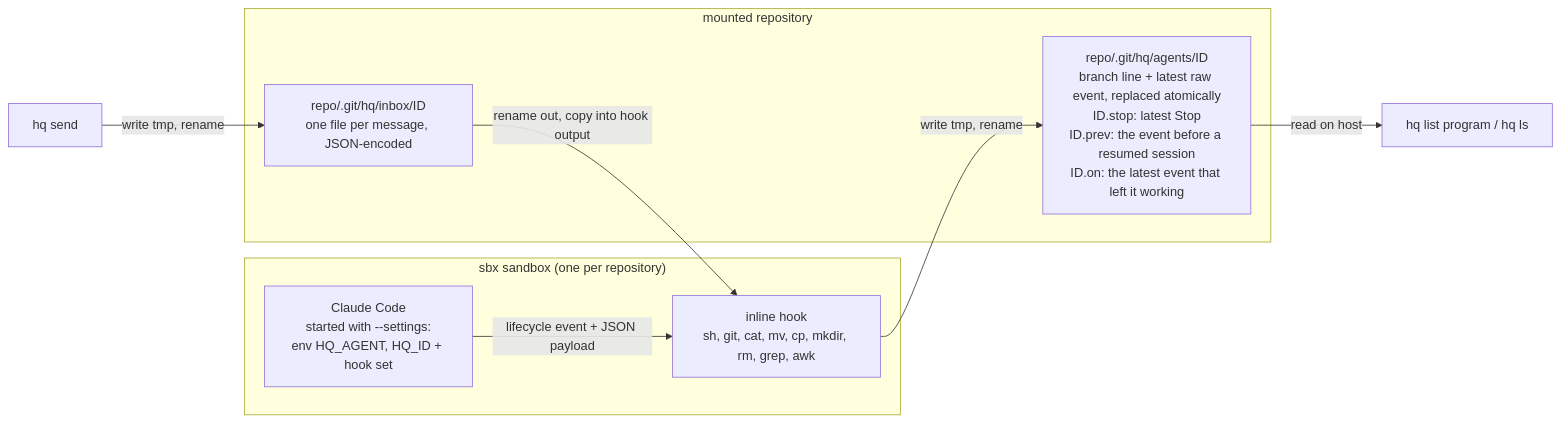
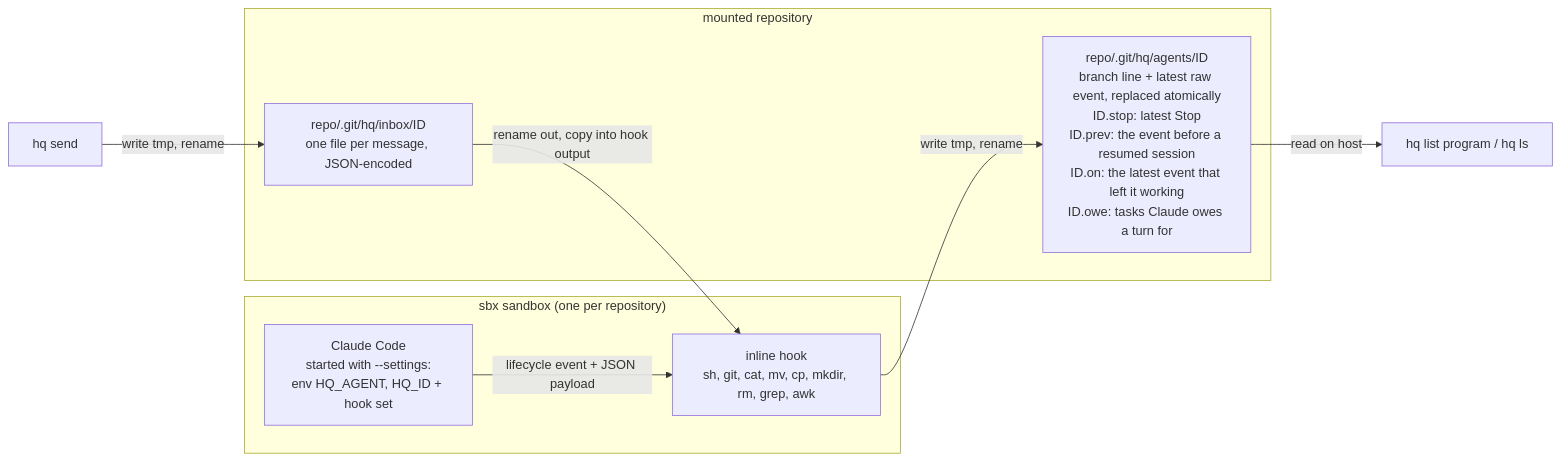
The second of 4 diagrams in docs/design/hq.md (rkrysinski/hq), drawn with Mermaid before and after one commit. The commit also changed other lines of this file and 11 other files, not shown here.

````diff
--- a/docs/design/hq.md
+++ b/docs/design/hq.md
@@ -83,16 +83,16 @@
 ```mermaid
 flowchart LR
     subgraph SB["sbx sandbox (one per repository)"]
         C["Claude Code<br/>started with --settings:<br/>env HQ_AGENT, HQ_ID + hook set"]
         K["inline hook<br/>sh, git, cat, mv, cp, mkdir, rm, grep, awk"]
         C -- "lifecycle event + JSON payload" --> K
     end
     subgraph RP["mounted repository"]
-        F["repo/.git/hq/agents/ID<br/>branch line + latest raw event, replaced atomically<br/>ID.stop: latest Stop<br/>ID.prev: the event before a resumed session<br/>ID.on: the latest event that left it working"]
+        F["repo/.git/hq/agents/ID<br/>branch line + latest raw event, replaced atomically<br/>ID.stop: latest Stop<br/>ID.prev: the event before a resumed session<br/>ID.on: the latest event that left it working<br/>ID.owe: tasks Claude owes a turn for"]
         I["repo/.git/hq/inbox/ID<br/>one file per message, JSON-encoded"]
     end
     K -- "write tmp, rename" --> F
     F -- "read on host" --> LP["hq list program / hq ls"]
     SEND["hq send"] -- "write tmp, rename" --> I
     I -- "rename out, copy into hook output" --> K
 ```
````
